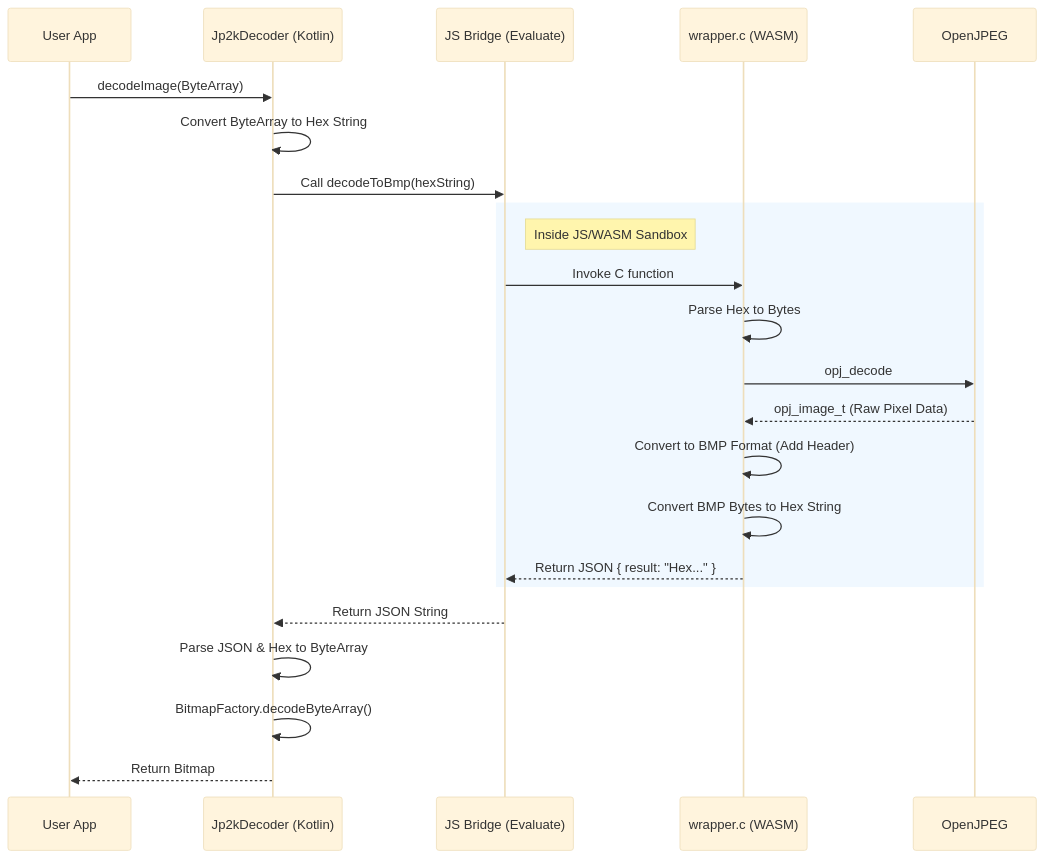
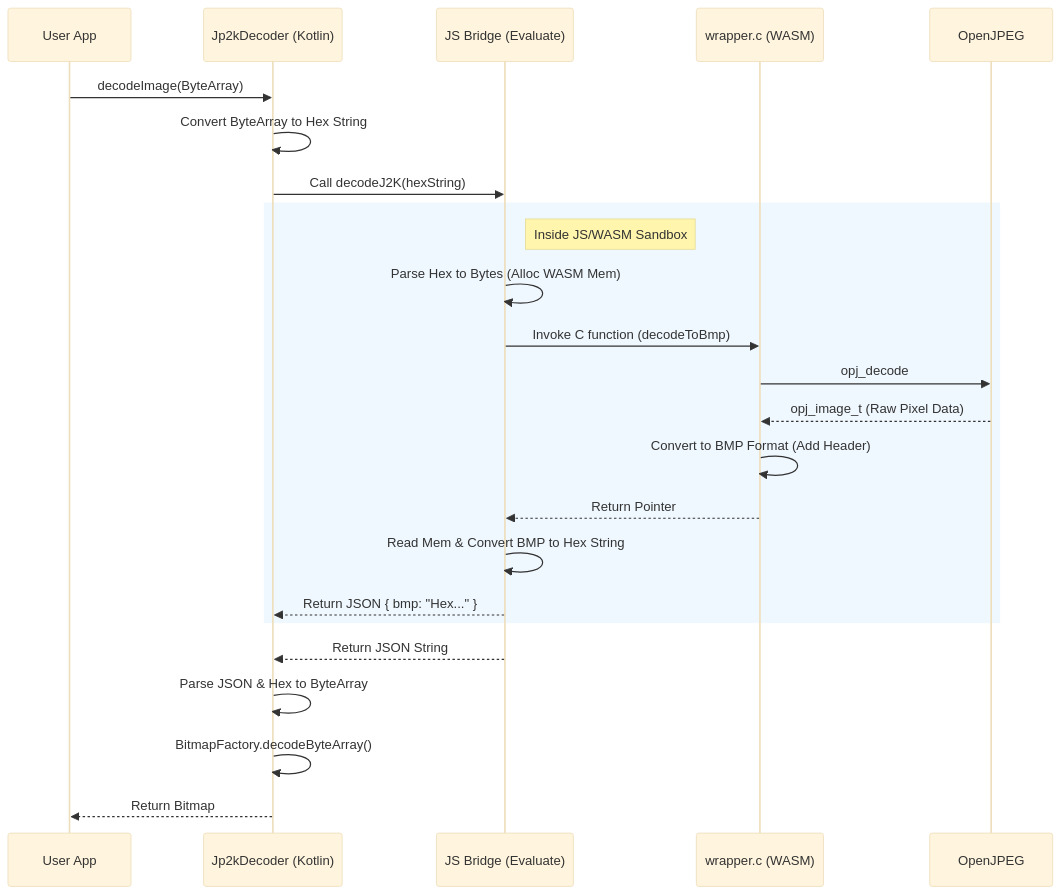
The second of 3 diagrams in docs/design.md (keiji/jp2k-decoder-android), drawn with Mermaid (base theme) before and after one commit.

Commit message:
docs: Update design.md to reflect correct Hex conversion responsibility
- Modified the Mermaid sequence diagram in `docs/design.md`.
- Clarified that Hex-to-Bytes and Bytes-to-Hex conversions happen in the JavaScript Bridge layer, not inside the WASM `wrapper.c`.
- Corrected the JSON return format description from `{ result: "Hex..." }` to `{ bmp: "Hex..." }` to match the implementation.
- Updated the diagram to show `decodeJ2K` as the entry point called by the Bridge.

````diff
--- a/docs/design.md
+++ b/docs/design.md
@@ -45,28 +45,29 @@
 ```mermaid
 sequenceDiagram
     participant App as User App
     participant Kotlin as Jp2kDecoder (Kotlin)
     participant Bridge as JS Bridge (Evaluate)
     participant WASM as wrapper.c (WASM)
     participant OpenJPEG as OpenJPEG
 
     App->>Kotlin: decodeImage(ByteArray)
     Kotlin->>Kotlin: Convert ByteArray to Hex String
-    Kotlin->>Bridge: Call decodeToBmp(hexString)
+    Kotlin->>Bridge: Call decodeJ2K(hexString)
 
     rect rgb(240, 248, 255)
     note right of Bridge: Inside JS/WASM Sandbox
-    Bridge->>WASM: Invoke C function
-    WASM->>WASM: Parse Hex to Bytes
+    Bridge->>Bridge: Parse Hex to Bytes (Alloc WASM Mem)
+    Bridge->>WASM: Invoke C function (decodeToBmp)
     WASM->>OpenJPEG: opj_decode
     OpenJPEG-->>WASM: opj_image_t (Raw Pixel Data)
     WASM->>WASM: Convert to BMP Format (Add Header)
-    WASM->>WASM: Convert BMP Bytes to Hex String
-    WASM-->>Bridge: Return JSON { result: "Hex..." }
+    WASM-->>Bridge: Return Pointer
+    Bridge->>Bridge: Read Mem & Convert BMP to Hex String
+    Bridge-->>Kotlin: Return JSON { bmp: "Hex..." }
     end
 
     Bridge-->>Kotlin: Return JSON String
     Kotlin->>Kotlin: Parse JSON & Hex to ByteArray
     Kotlin->>Kotlin: BitmapFactory.decodeByteArray()
     Kotlin-->>App: Return Bitmap
 ```
````
